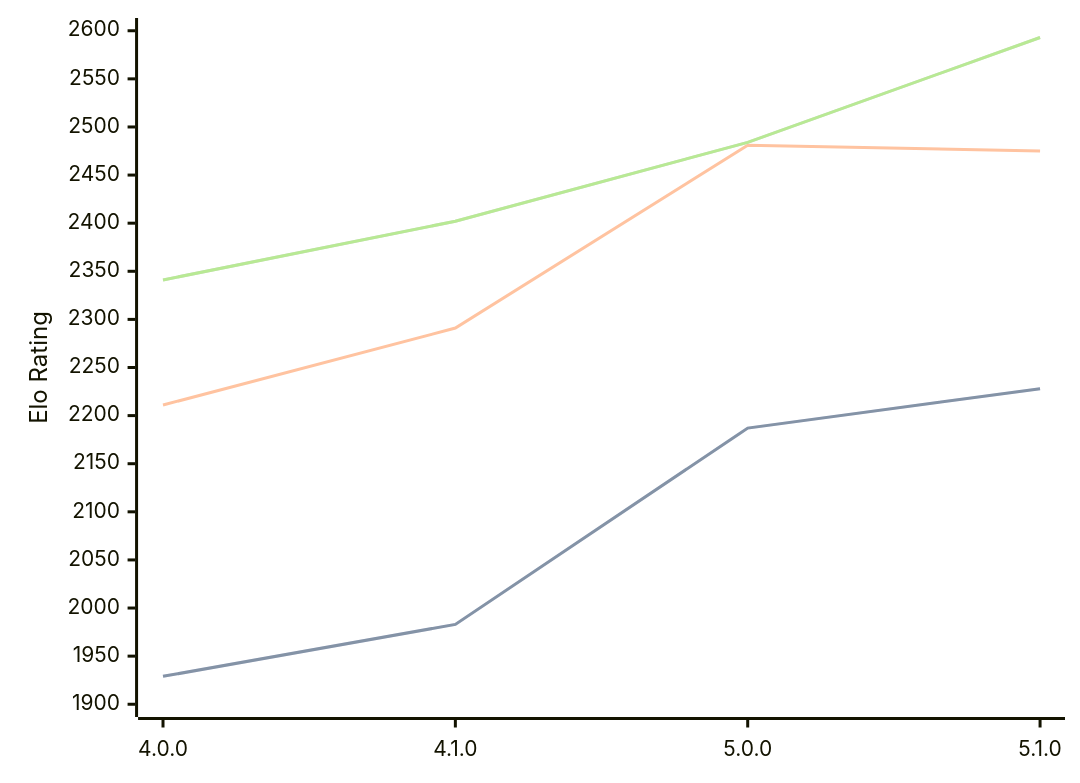
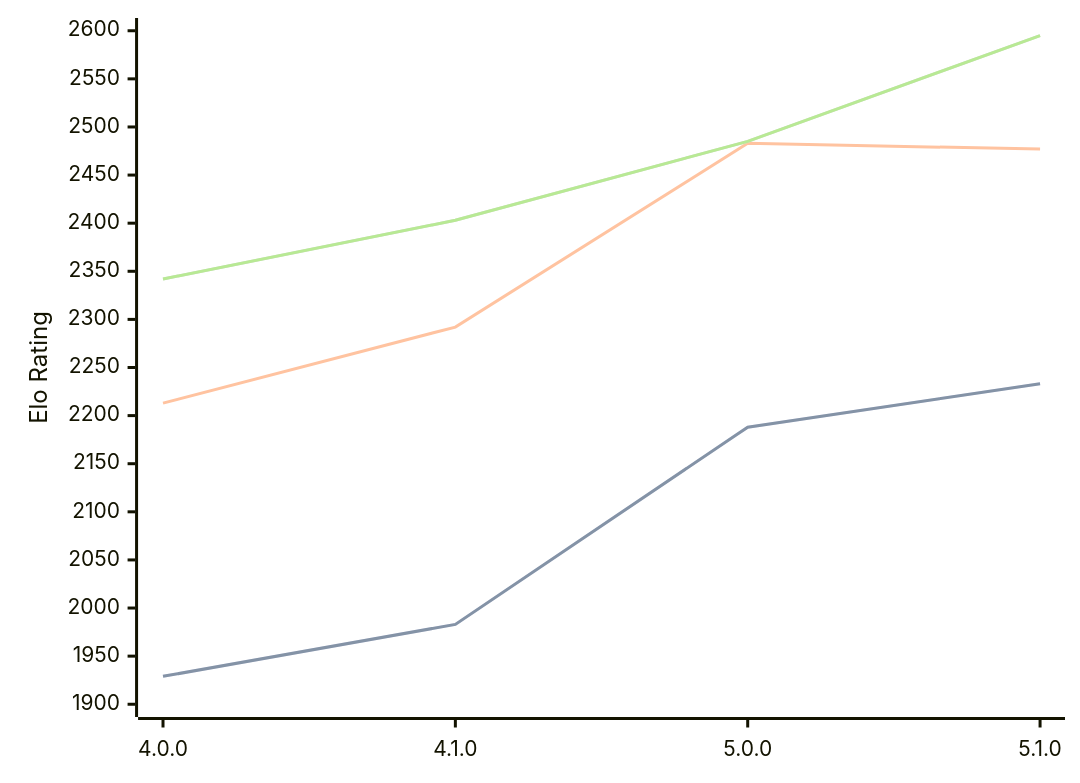
Before and after one commit to computer-chess-index/cci: the diagram in engines/Aconcagua.md, drawn with Mermaid. The commit also changed other lines of this file, not shown here.

Commit message:
Update CCI Ratings (ELO VLTC) - 2026-04-11

````diff
--- a/engines/Aconcagua.md
+++ b/engines/Aconcagua.md
@@ -43,11 +43,11 @@
 ```mermaid
 %%{init: {"theme":"base","themeVariables":{"seriesColors:['#a3a3a3','#222221','#faa371']}}}%%
 xychart-beta
   x-axis ["4.0.0", "4.1.0", "5.0.0", "5.1.0"]
   y-axis "Elo Rating" 1900 --> 2600
-  line "STC (8.0+0.08s)" [1929, 1983, 2187, 2228]
-  line "STC (8.0+0.08s)" [1929, 1983, 2187, 2228]
-  line "LTC (60.0+0.60s)" [2211, 2291, 2481, 2475]
-  line "VLTC (2m24s+1.12s)" [2341, 2402, 2484, 2593]
-  line "VLTC (2m24s+1.12s)" [2341, 2402, 2484, 2593]
+  line "STC (8.0+0.08s)" [1929, 1983, 2188, 2233]
+  line "STC (8.0+0.08s)" [1929, 1983, 2188, 2233]
+  line "LTC (60.0+0.60s)" [2213, 2292, 2483, 2477]
+  line "VLTC (2m24s+1.12s)" [2342, 2403, 2485, 2595]
+  line "VLTC (2m24s+1.12s)" [2342, 2403, 2485, 2595]
 ```
````
